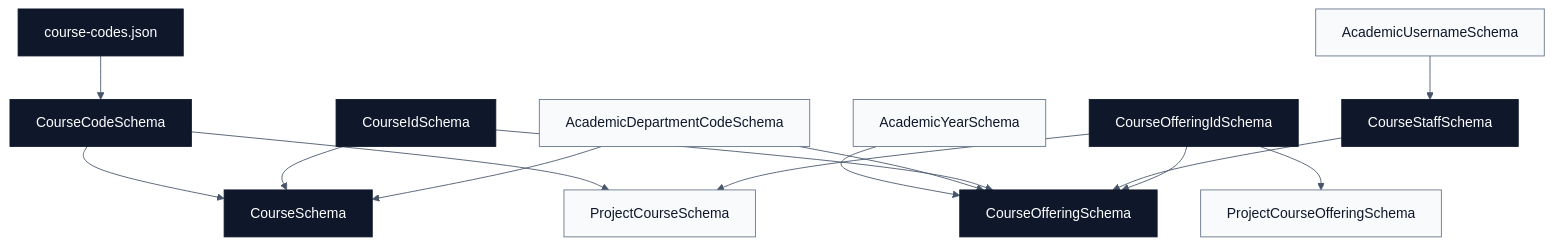
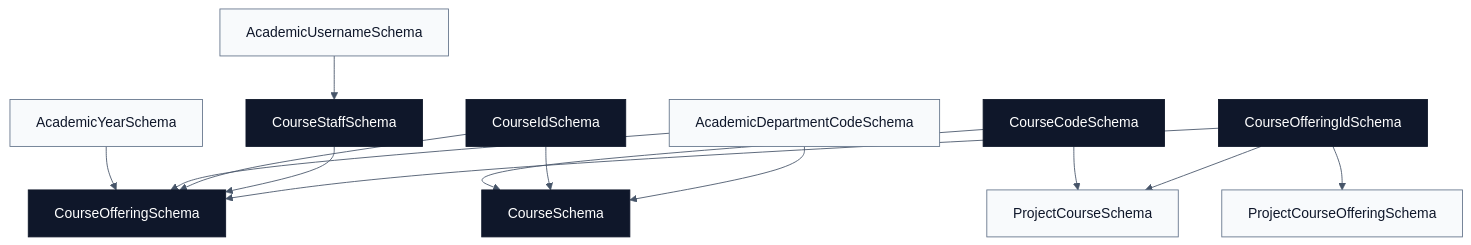
Before and after one commit to csc3213-2026-group-b/academic-domain-schemas: the diagram in docs/courses.md, drawn with Mermaid. The commit also changed other lines of this file and 5 other files, not shown here.

Commit message:
Release academic-domain-schemas v5.1.0

````diff
--- a/docs/courses.md
+++ b/docs/courses.md
@@ -28,40 +27,38 @@
 ```mermaid
 %%{init: {"theme": "base", "themeVariables": {"primaryColor": "#f8fafc", "primaryTextColor": "#0f172a", "primaryBorderColor": "#64748b", "lineColor": "#475569"}}}%%
 flowchart TD
-  CourseCodes["course-codes.json"]
   CourseCodeSchema["CourseCodeSchema"]
   CourseIdSchema["CourseIdSchema"]
   CourseSchema["CourseSchema"]
   CourseStaffSchema["CourseStaffSchema"]
   CourseOfferingIdSchema["CourseOfferingIdSchema"]
   CourseOfferingSchema["CourseOfferingSchema"]
   AcademicYearSchema["AcademicYearSchema"]
   AcademicDepartmentCodeSchema["AcademicDepartmentCodeSchema"]
   AcademicUsernameSchema["AcademicUsernameSchema"]
   ProjectCourseSchema["ProjectCourseSchema"]
   ProjectCourseOfferingSchema["ProjectCourseOfferingSchema"]
 
-  CourseCodes --> CourseCodeSchema
   CourseCodeSchema --> CourseSchema
   CourseIdSchema --> CourseSchema
   AcademicUsernameSchema --> CourseStaffSchema
   AcademicYearSchema --> CourseOfferingSchema
   AcademicDepartmentCodeSchema --> CourseSchema
   AcademicDepartmentCodeSchema --> CourseOfferingSchema
   CourseIdSchema --> CourseOfferingSchema
   CourseStaffSchema --> CourseOfferingSchema
   CourseOfferingIdSchema --> CourseOfferingSchema
   CourseCodeSchema --> ProjectCourseSchema
   CourseOfferingIdSchema --> ProjectCourseSchema
   CourseOfferingIdSchema --> ProjectCourseOfferingSchema
 
   click AcademicYearSchema "./academics.md" "Academic year docs"
   click AcademicUsernameSchema "./people.md" "People identifier docs"
   click ProjectCourseSchema "./projects.md" "Project course docs"
   click ProjectCourseOfferingSchema "./projects.md" "Project course offering docs"
 
   classDef core fill:#0f172a,color:#ffffff,stroke:#0f172a
   classDef external fill:#f8fafc,color:#0f172a,stroke:#64748b
-  class CourseCodes,CourseCodeSchema,CourseIdSchema,CourseSchema,CourseStaffSchema,CourseOfferingIdSchema,CourseOfferingSchema core
+  class CourseCodeSchema,CourseIdSchema,CourseSchema,CourseStaffSchema,CourseOfferingIdSchema,CourseOfferingSchema core
   class AcademicYearSchema,AcademicDepartmentCodeSchema,AcademicUsernameSchema,ProjectCourseSchema,ProjectCourseOfferingSchema external
 ```
````
